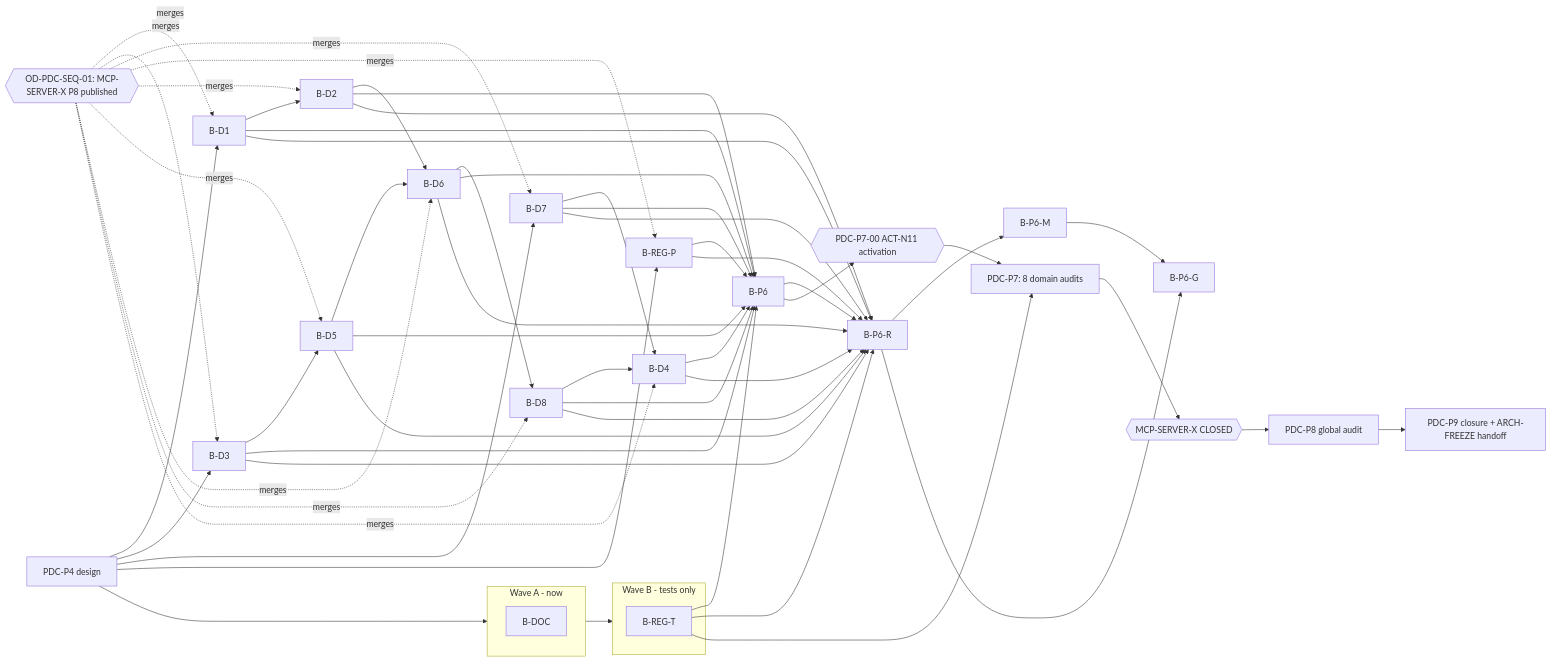
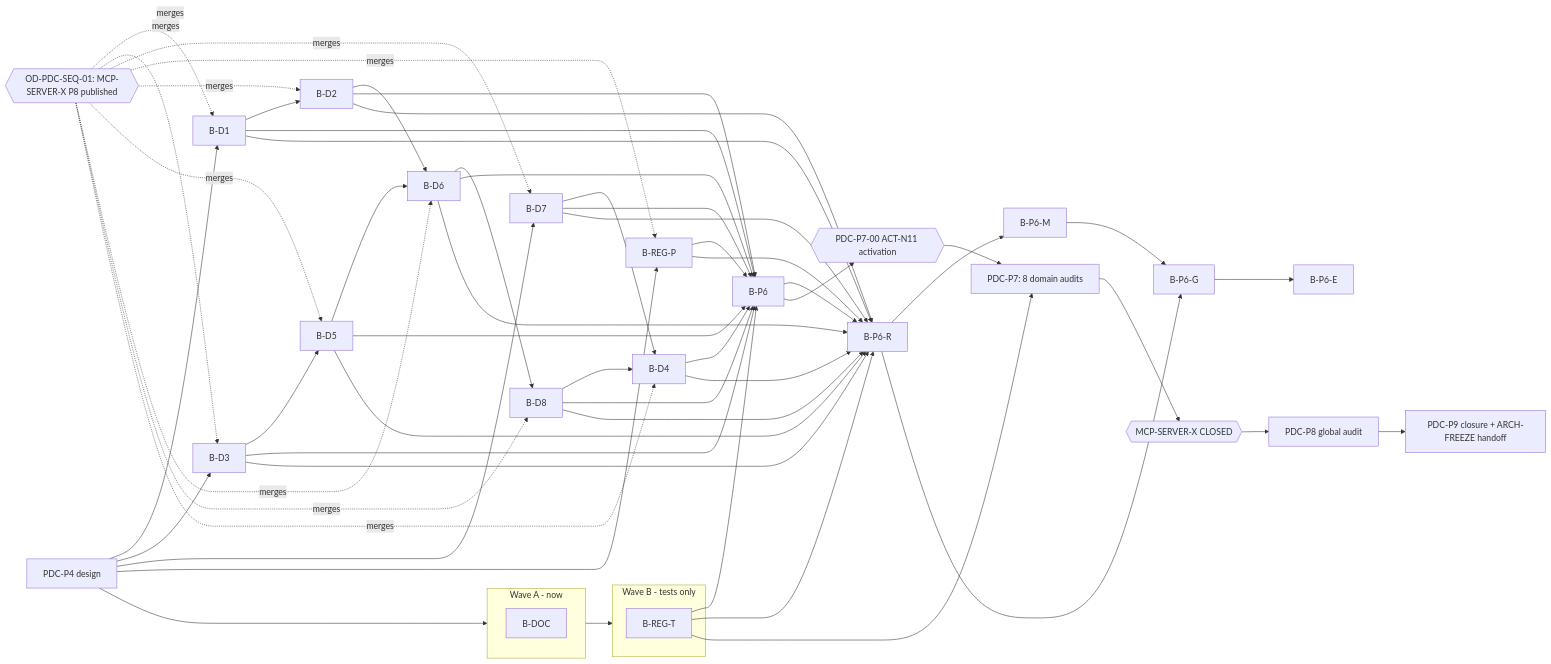
One commit to jakbuczarnecki/intergrax changed the diagram in docs/project/maintainers/qualification/platform_domain_completeness/PDC_DEPENDENCY_DAG.md. Above: the diagram before and after it, drawn with Mermaid. The commit also changed other lines of this file and 5 other files, not shown here.

````diff
--- a/docs/project/maintainers/qualification/platform_domain_completeness/PDC_DEPENDENCY_DAG.md
+++ b/docs/project/maintainers/qualification/platform_domain_completeness/PDC_DEPENDENCY_DAG.md
@@ -5,48 +5,49 @@
 ```mermaid
 graph LR
   P4[PDC-P4 design] --> WA
   subgraph WA[Wave A - now]
     B-DOC
   end
   subgraph WB[Wave B - tests only]
     B-REG-T
   end
   WA --> WB
   GATE{{OD-PDC-SEQ-01: MCP-SERVER-X P8 published}}
   B-D1 --> B-D2
   B-D3 --> B-D5
   B-D2 --> B-D6
   B-D5 --> B-D6
   B-D6 --> B-D8
   B-D7 --> B-D4
   B-D8 --> B-D4
   B-D1 --> B-P6
   B-D2 --> B-P6
   B-D3 --> B-P6
   B-D4 --> B-P6
   B-D5 --> B-P6
   B-D6 --> B-P6
   B-D7 --> B-P6
   B-D8 --> B-P6
   B-REG-P --> B-P6
   B-REG-T --> B-P6
   B-D1 --> B-P6-R
   B-D2 --> B-P6-R
   B-D3 --> B-P6-R
   B-D4 --> B-P6-R
   B-D5 --> B-P6-R
   B-D6 --> B-P6-R
   B-D7 --> B-P6-R
   B-D8 --> B-P6-R
   B-REG-P --> B-P6-R
   B-REG-T --> B-P6-R
   B-P6 --> B-P6-R
   B-P6-R --> B-P6-M
   B-P6-R --> B-P6-G
   B-P6-M --> B-P6-G
+  B-P6-G --> B-P6-E
   P4 --> B-D1 & B-D3 & B-D7 & B-REG-P
   GATE -. merges .-> B-D1 & B-D3 & B-D7 & B-REG-P & B-D2 & B-D5 & B-D6 & B-D8 & B-D4
   B-P6 --> ACT{{PDC-P7-00 ACT-N11 activation}} --> P7[PDC-P7: 8 domain audits]
   B-REG-T --> P7
   P7 --> MCPC{{MCP-SERVER-X CLOSED}} --> P8[PDC-P8 global audit] --> P9[PDC-P9 closure + ARCH-FREEZE handoff]
 ```
````
